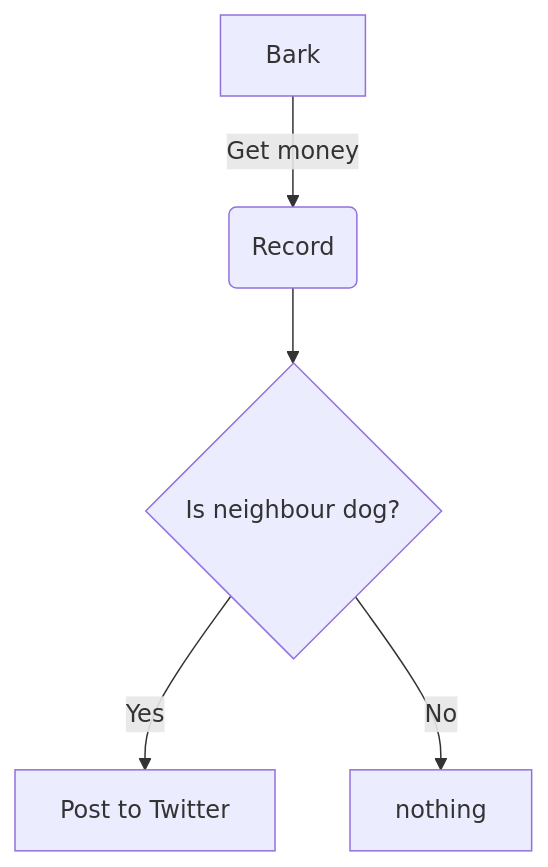
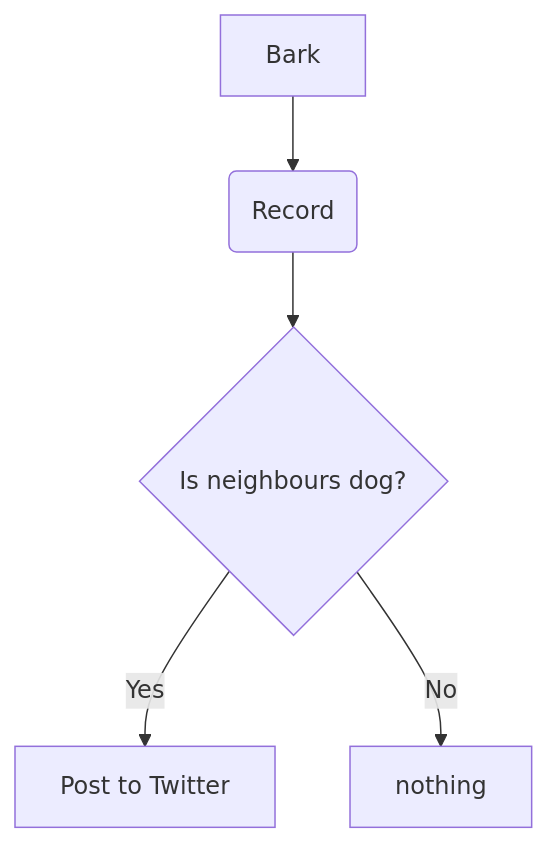
Before and after one commit to peterbb148/vovvov: the diagram in README.md, drawn with Mermaid.

````diff
--- a/README.md
+++ b/README.md
@@ -15,7 +15,8 @@
 ```mermaid
 graph TD
-    A[Bark] -->|Get money| B(Record)
-    B --> C{Is neighbour dog?}
+    A[Bark] --> B(Record)
+    B --> C{Is neighbours dog?}
     C -->|Yes| D[Post to Twitter]
     C -->|No| E[nothing]
+
 ```
````
